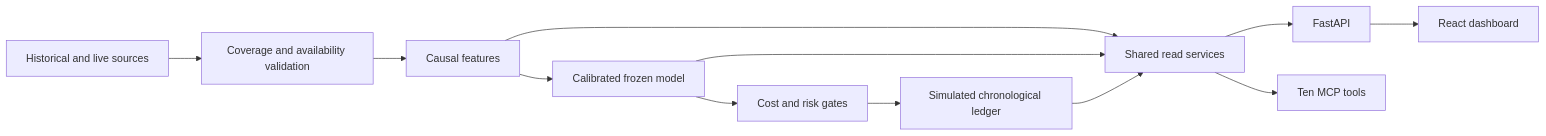
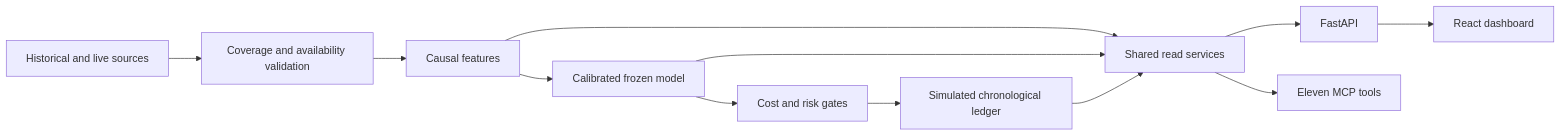
One commit to Jaideep27/Qunat-Pilot-BTC changed the diagram in README.md. Above: the diagram before and after it, drawn with Mermaid. The commit also changed other lines of this file, not shown here.

````diff
--- a/README.md
+++ b/README.md
@@ -96,14 +102,14 @@
 ```mermaid
 flowchart LR
     Sources[Historical and live sources] --> Audit[Coverage and availability validation]
     Audit --> Features[Causal features]
     Features --> Model[Calibrated frozen model]
     Model --> Risk[Cost and risk gates]
     Risk --> Ledger[Simulated chronological ledger]
     Features --> Services[Shared read services]
     Model --> Services
     Ledger --> Services
     Services --> API[FastAPI]
-    Services --> MCP[Ten MCP tools]
+    Services --> MCP[Eleven MCP tools]
     API --> UI[React dashboard]
 ```
````
